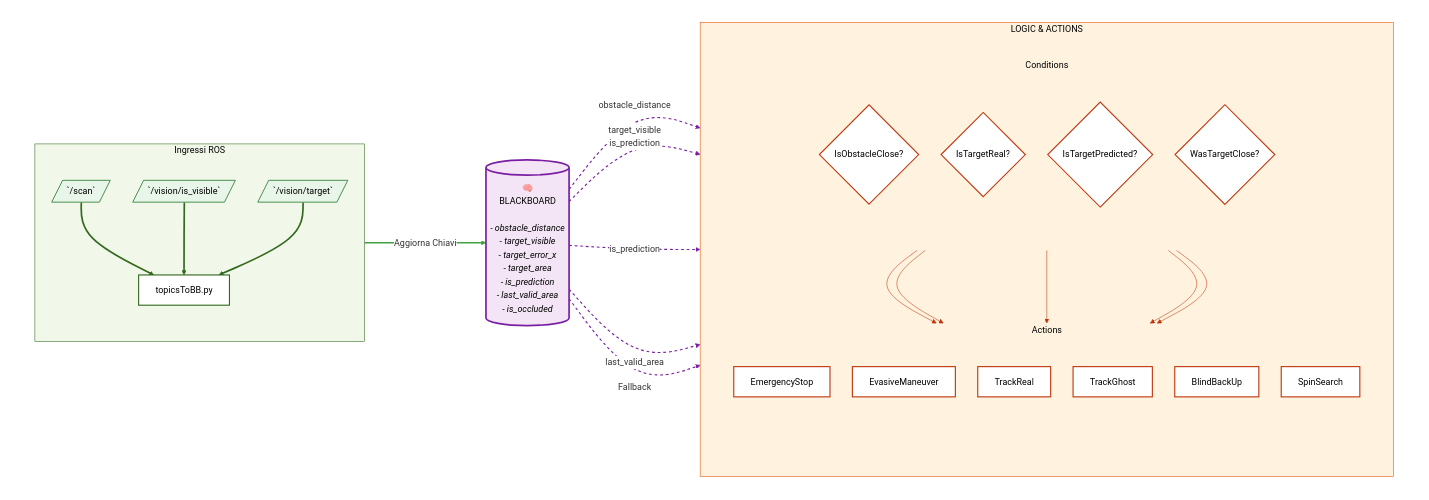
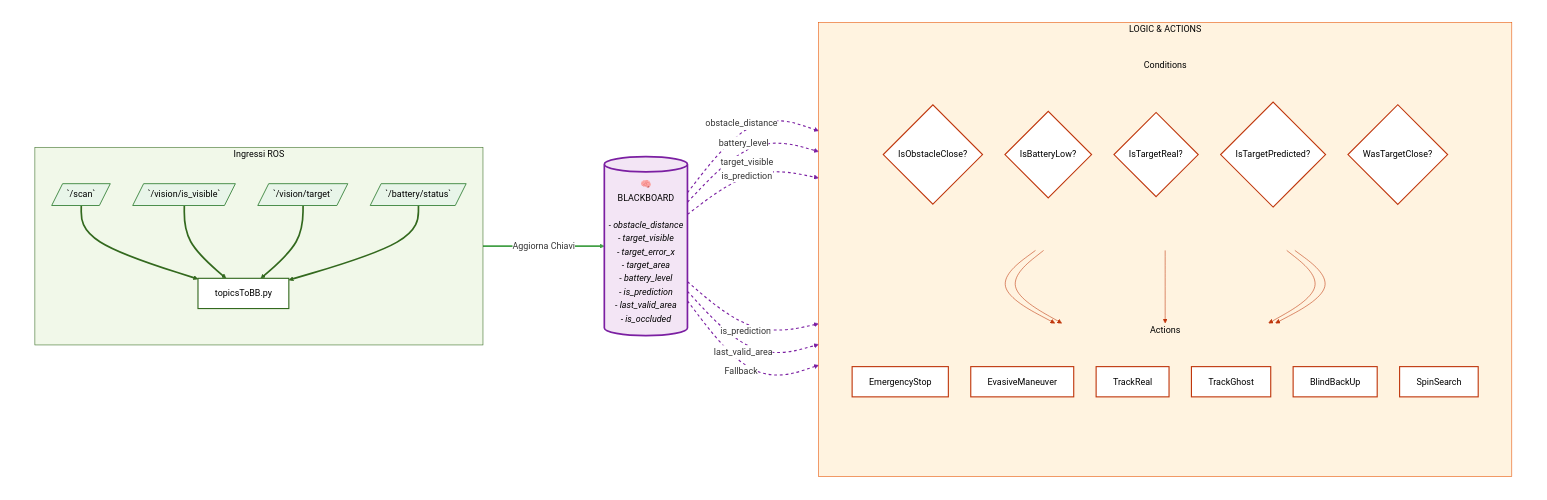
The second of 2 diagrams in src/hunter_control/README.md (flebo45/Chimpanzee_MetalMonkeys), drawn with Mermaid before and after one commit. The commit also changed 3 other files, not shown here.

````diff
--- a/src/hunter_control/README.md
+++ b/src/hunter_control/README.md
@@ -191,13 +191,14 @@
             ScanTopic[/`/scan`<br/>/]:::topic
             VisibleTopic[/`/vision/is_visible`/]:::topic
             TargetTopic[/`/vision/target`/]:::topic
+            BatteryTopic[/`/battery/status`/]:::topic
             ToBlackboard["topicsToBB.py"]:::input
         end
         style Writers fill:#f1f8e9,stroke:#33691e,stroke-width:1px,color:#000000
 
         %% --- 2. MEMORIA ---
         %% Aggiunte le nuove variabili chiave gestite
-        Blackboard[("🧠<br/>BLACKBOARD<br/><br/><i>- obstacle_distance<br/>- target_visible<br/>- target_error_x<br/>- target_area<br/>- is_prediction<br/>- last_valid_area<br/>- is_occluded</i>")]:::memory
+        Blackboard[("🧠<br/>BLACKBOARD<br/><br/><i>- obstacle_distance<br/>- target_visible<br/>- target_error_x<br/>- target_area<br/>- battery_level<br/>- is_prediction<br/>- last_valid_area<br/>- is_occluded</i>")]:::memory
 
         %% --- 3. LOGICA (LETTORI) ---
         subgraph Readers [LOGIC & ACTIONS]
@@ -207,6 +208,7 @@
             subgraph Conditions [Conditions]
                 direction TB
                 CondObs{IsObstacleClose?}:::logic
+                CondBat{IsBatteryLow?}:::logic
                 CondReal{IsTargetReal?}:::logic
                 CondPred{IsTargetPredicted?}:::logic
                 CondClose{WasTargetClose?}:::logic
@@ -231,19 +233,21 @@
         ScanTopic --> ToBlackboard
         VisibleTopic --> ToBlackboard
         TargetTopic --> ToBlackboard
+        BatteryTopic --> ToBlackboard
 
         ToBlackboard ==>|Aggiorna Chiavi| Blackboard
 
         %% --- CONNESSIONI DI LETTURA ---
         %% Le frecce indicano quali dati attivano quali comportamenti
         Blackboard -.->|obstacle_distance| CondObs
+        Blackboard -.->|battery_level| CondBat
         Blackboard -.->|target_visible<br/>is_prediction| CondReal
         Blackboard -.->|is_prediction| CondPred
         Blackboard -.->|last_valid_area| CondClose
         
         %% Collegamenti logici (semplificati per il diagramma)
-        CondObs --> ActStop
         CondObs --> ActEvade
+        CondBat --> ActStop
         CondReal --> ActTrack
         CondPred --> ActGhost
         CondClose --> ActRecover
@@ -254,8 +258,8 @@
     style FoglioBianco fill:#FFFFFF,stroke:none,color:#000000
 
     %% --- STILI FRECCE ---
-    linkStyle 0,1,2 stroke-width:3px,stroke:#33691e,fill:none;
-    linkStyle 3 stroke-width:3px,stroke:#43a047,fill:none;
-    linkStyle 4,5,6,7,13 stroke-width:2px,stroke:#7b1fa2,fill:none,stroke-dasharray: 5 5;
-    linkStyle 8,9,10,11,12 stroke-width:1px,stroke:#bf360c,fill:none;
+    linkStyle 0,1,2,3 stroke-width:3px,stroke:#33691e,fill:none;
+    linkStyle 4 stroke-width:3px,stroke:#43a047,fill:none;
+    linkStyle 5,6,7,8,9,15 stroke-width:2px,stroke:#7b1fa2,fill:none,stroke-dasharray: 5 5;
+    linkStyle 10,11,12,13,14 stroke-width:1px,stroke:#bf360c,fill:none;
  ```
````
